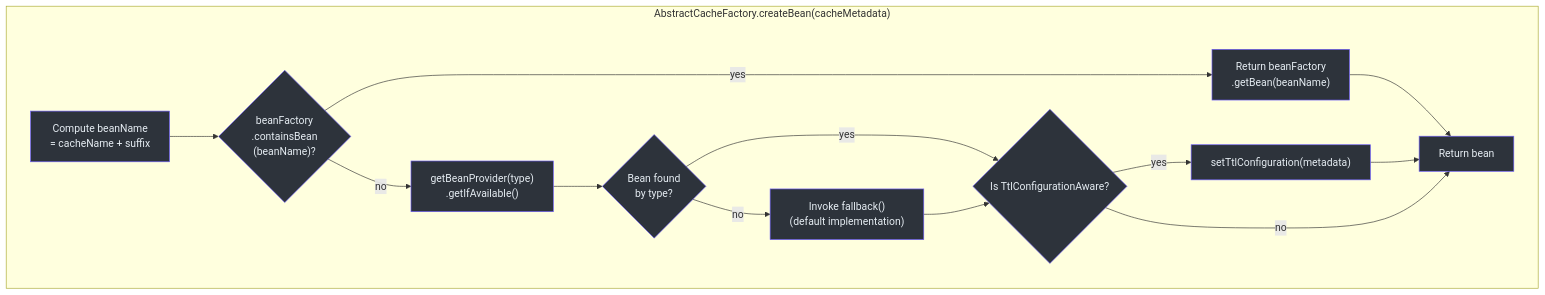
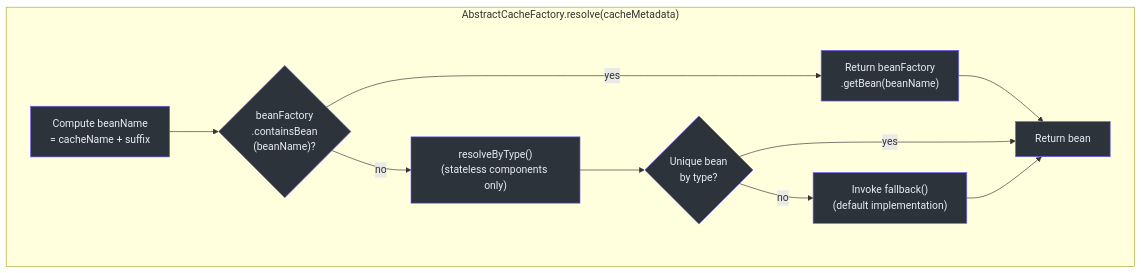
One commit to Ahoo-Wang/CoCache changed the third of 6 diagrams in wiki/modules/cocache-spring.md. Above: the diagram before and after it, drawn with Mermaid. The commit also changed other lines of this file and 256 other files, not shown here.

````diff
--- a/wiki/modules/cocache-spring.md
+++ b/wiki/modules/cocache-spring.md
@@ -114,41 +114,33 @@
 ```mermaid
 flowchart TB
-    subgraph sg_52 ["AbstractCacheFactory.createBean(cacheMetadata)"]
+    subgraph sg_52 ["AbstractCacheFactory.resolve(cacheMetadata)"]
 
         bean_name["Compute beanName<br>= cacheName + suffix"]
         style bean_name fill:#2d333b,stroke:#6d5dfc,color:#e6edf3
 
         exists{"beanFactory<br>.containsBean<br>(beanName)?"}
         style exists fill:#2d333b,stroke:#6d5dfc,color:#e6edf3
 
         by_name["Return beanFactory<br>.getBean(beanName)"]
         style by_name fill:#2d333b,stroke:#6d5dfc,color:#e6edf3
 
-        by_type["getBeanProvider(type)<br>.getIfAvailable()"]
+        by_type["resolveByType()<br>(stateless components only)"]
         style by_type fill:#2d333b,stroke:#6d5dfc,color:#e6edf3
 
-        type_found{"Bean found<br>by type?"}
+        type_found{"Unique bean<br>by type?"}
         style type_found fill:#2d333b,stroke:#6d5dfc,color:#e6edf3
 
         fallback["Invoke fallback()<br>(default implementation)"]
         style fallback fill:#2d333b,stroke:#6d5dfc,color:#e6edf3
-
-        ttl_aware{"Is TtlConfigurationAware?"}
-        style ttl_aware fill:#2d333b,stroke:#6d5dfc,color:#e6edf3
-
-        set_ttl["setTtlConfiguration(metadata)"]
-        style set_ttl fill:#2d333b,stroke:#6d5dfc,color:#e6edf3
 
         done["Return bean"]
         style done fill:#2d333b,stroke:#6d5dfc,color:#e6edf3
 
         bean_name --> exists
         exists -->|yes| by_name --> done
         exists -->|no| by_type --> type_found
-        type_found -->|yes| ttl_aware
-        type_found -->|no| fallback --> ttl_aware
-        ttl_aware -->|yes| set_ttl --> done
-        ttl_aware -->|no| done
+        type_found -->|yes| done
+        type_found -->|no| fallback --> done
     end
 
 ```
````
